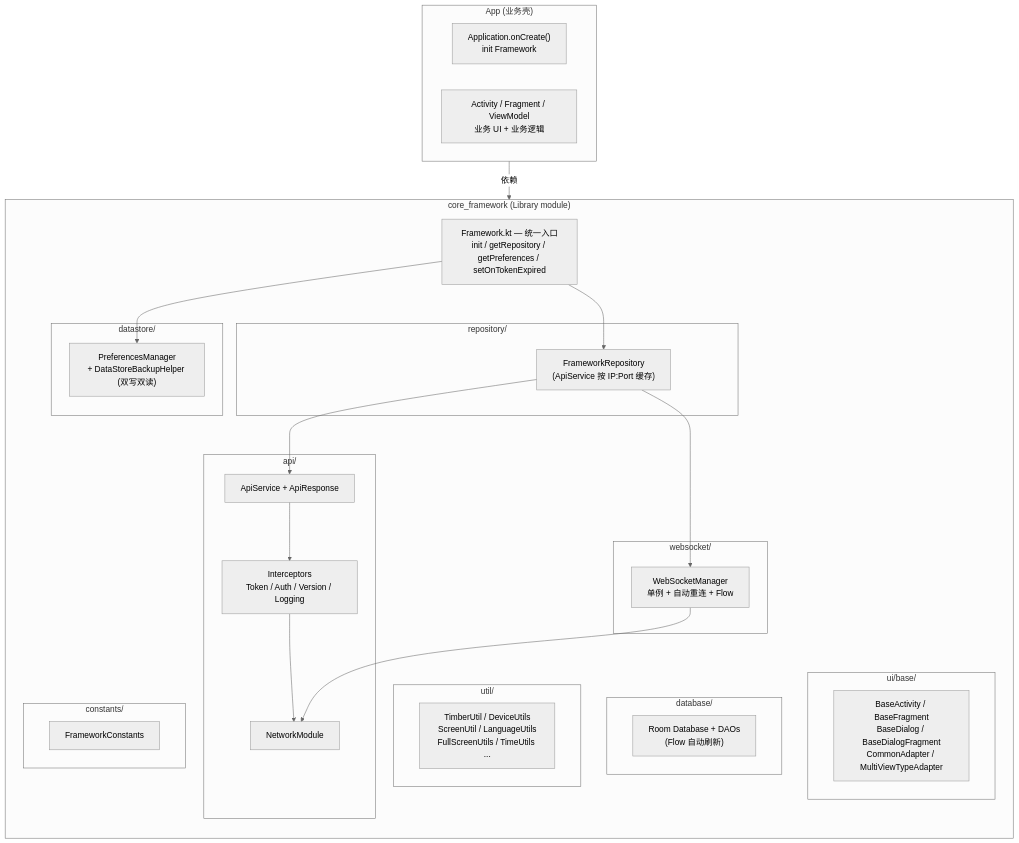
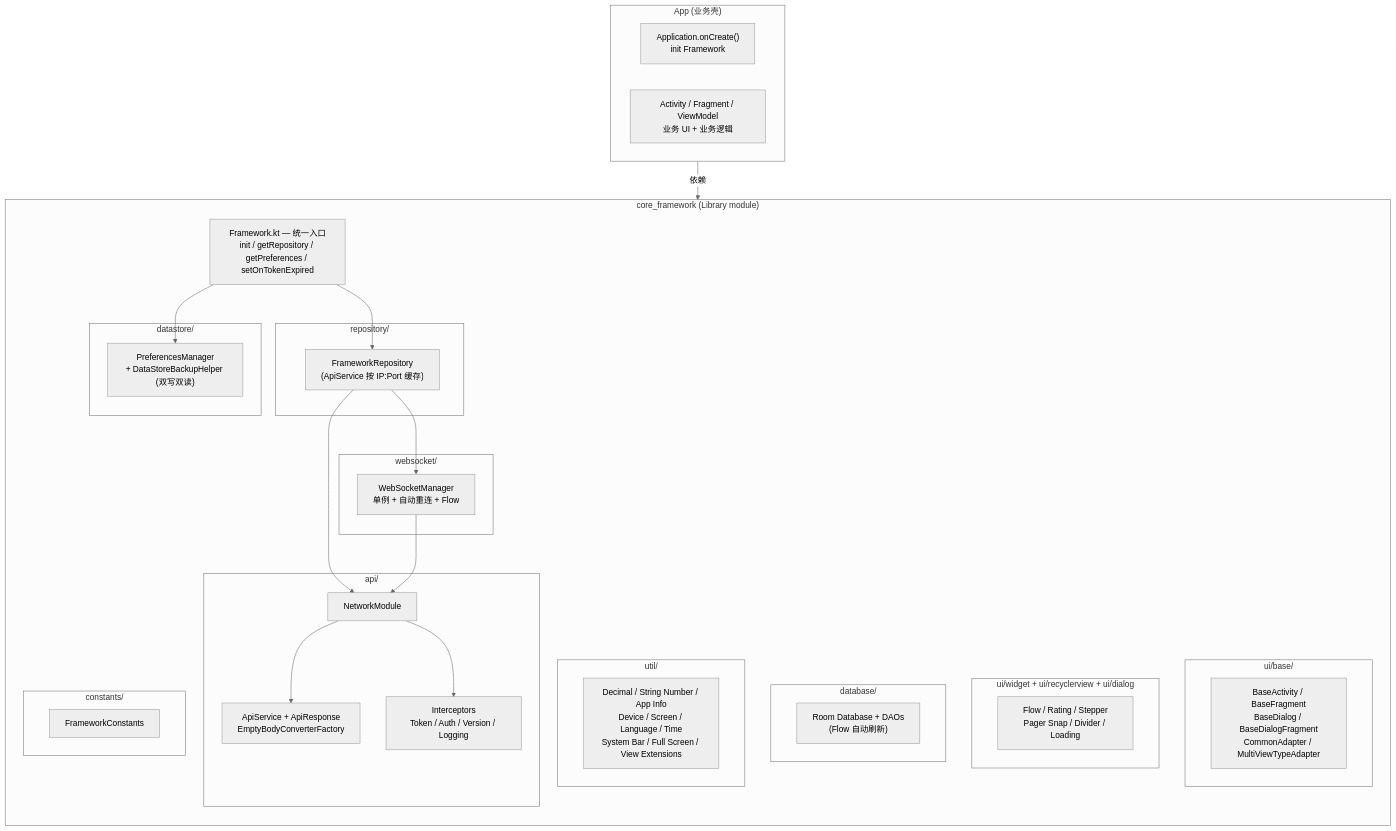
One commit to SiXuManYan/AndroidFrameworkTemplate changed the first of 4 diagrams in docs/ARCHITECTURE.md. Above: the diagram before and after it, drawn with Mermaid (neutral theme). The commit also changed other lines of this file and 7 other files, not shown here.

````diff
--- a/docs/ARCHITECTURE.md
+++ b/docs/ARCHITECTURE.md
@@ -5,48 +9,51 @@
 ```mermaid
 flowchart TB
     subgraph App["App (业务壳)"]
         A1["Application.onCreate()<br/>init Framework"]
         A2["Activity / Fragment / ViewModel<br/>业务 UI + 业务逻辑"]
     end
 
     subgraph CF["core_framework (Library module)"]
         direction TB
         FWK["Framework.kt — 统一入口<br/>init / getRepository / getPreferences / setOnTokenExpired"]
 
         subgraph ui_base["ui/base/"]
             UI["BaseActivity / BaseFragment<br/>BaseDialog / BaseDialogFragment<br/>CommonAdapter / MultiViewTypeAdapter"]
         end
+        subgraph ui_components["ui/widget + ui/recyclerview + ui/dialog"]
+            UIC["Flow / Rating / Stepper<br/>Pager Snap / Divider / Loading"]
+        end
         subgraph api["api/"]
-            AS["ApiService + ApiResponse"]
+            AS["ApiService + ApiResponse<br/>EmptyBodyConverterFactory"]
             NM["NetworkModule"]
             IC["Interceptors<br/>Token / Auth / Version / Logging"]
         end
         subgraph ws["websocket/"]
             WSM["WebSocketManager<br/>单例 + 自动重连 + Flow"]
         end
         subgraph db["database/"]
             DB["Room Database + DAOs<br/>(Flow 自动刷新)"]
         end
         subgraph ds["datastore/"]
             PM["PreferencesManager<br/>+ DataStoreBackupHelper (双写双读)"]
         end
         subgraph repo["repository/"]
             FR["FrameworkRepository<br/>(ApiService 按 IP:Port 缓存)"]
         end
         subgraph util["util/"]
-            UT["TimberUtil / DeviceUtils<br/>ScreenUtil / LanguageUtils<br/>FullScreenUtils / TimeUtils ..."]
+            UT["Decimal / String Number / App Info<br/>Device / Screen / Language / Time<br/>System Bar / Full Screen / View Extensions"]
         end
         subgraph const["constants/"]
             FC["FrameworkConstants"]
         end
     end
 
     App -->|依赖| CF
     FWK --> PM
     FWK --> FR
-    FR --> AS
+    FR --> NM
     FR --> WSM
-    AS --> IC
-    IC --> NM
+    NM --> AS
+    NM --> IC
     WSM --> NM
 ```
````
